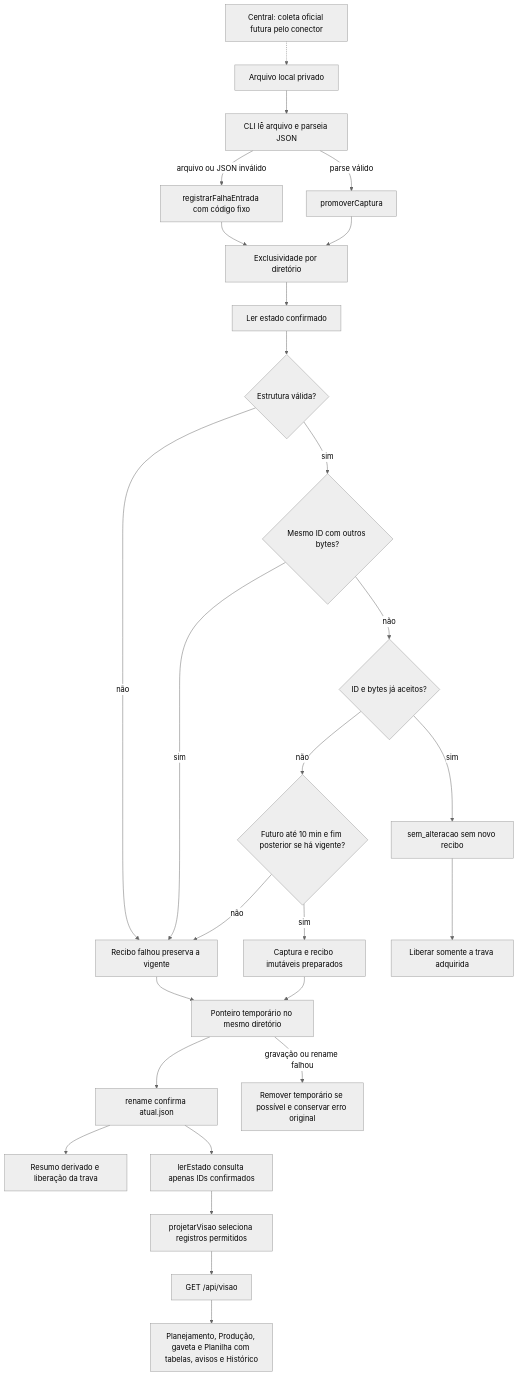
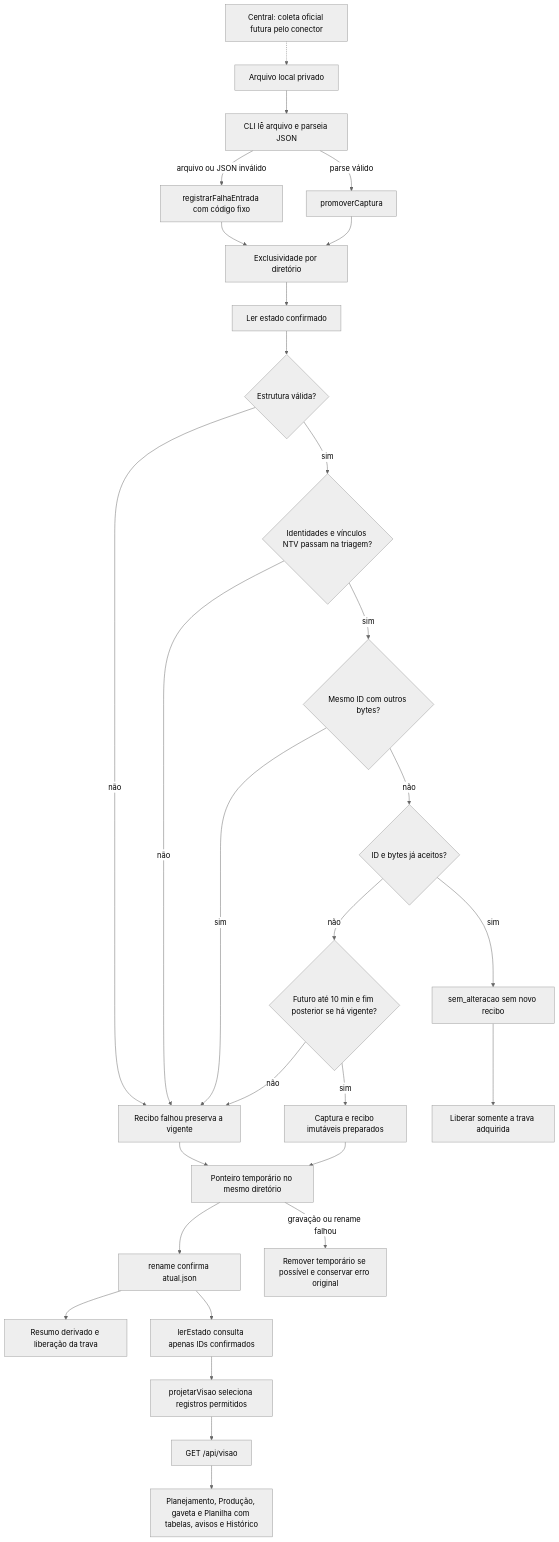
The second of 4 diagrams in docs/architecture.md (Browsher/crm-social), drawn with Mermaid (neutral theme) before and after one commit. The commit also changed other lines of this file and 21 other files, not shown here.

Commit message:
fix: validar identidades antes de promover capturas

````diff
--- a/docs/architecture.md
+++ b/docs/architecture.md
@@ -47,29 +51,31 @@
 ```mermaid
 flowchart TD
   Central["Central: coleta oficial futura pelo conector"] -.-> JSON[Arquivo local privado]
   JSON --> CLI[CLI lê arquivo e parseia JSON]
   CLI -->|arquivo ou JSON inválido| Falha[registrarFalhaEntrada com código fixo]
   CLI -->|parse válido| Promover[promoverCaptura]
   Falha --> Lock[Exclusividade por diretório]
   Promover --> Lock
   Lock --> Estado[Ler estado confirmado]
   Estado --> Validar{Estrutura válida?}
   Validar -->|não| Rejeitar[Recibo falhou preserva a vigente]
-  Validar -->|sim| Conflito{Mesmo ID com outros bytes?}
+  Validar -->|sim| Identidades{Identidades e vínculos NTV passam na triagem?}
+  Identidades -->|não| Rejeitar
+  Identidades -->|sim| Conflito{Mesmo ID com outros bytes?}
   Conflito -->|sim| Rejeitar
   Conflito -->|não| Aceita{ID e bytes já aceitos?}
   Aceita -->|sim| NoOp[sem_alteracao sem novo recibo]
   Aceita -->|não| Tempo{Futuro até 10 min e fim posterior se há vigente?}
   Tempo -->|não| Rejeitar
   Tempo -->|sim| Preparar[Captura e recibo imutáveis preparados]
   Rejeitar --> Ponteiro
   Preparar --> Ponteiro[Ponteiro temporário no mesmo diretório]
   Ponteiro --> Confirmar[rename confirma atual.json]
   Ponteiro -->|gravação ou rename falhou| Limpeza[Remover temporário se possível e conservar erro original]
   Confirmar --> Cache[Resumo derivado e liberação da trava]
   NoOp --> Liberar[Liberar somente a trava adquirida]
   Confirmar --> Ler[lerEstado consulta apenas IDs confirmados]
   Ler --> Projetar[projetarVisao seleciona registros permitidos]
   Projetar --> API[GET /api/visao]
   API --> UI[Planejamento, Produção, gaveta e Planilha com tabelas, avisos e Histórico]
 ```
````
